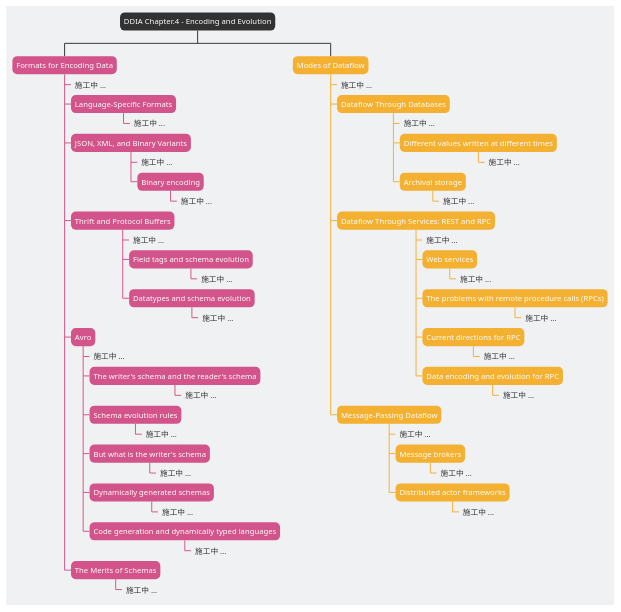
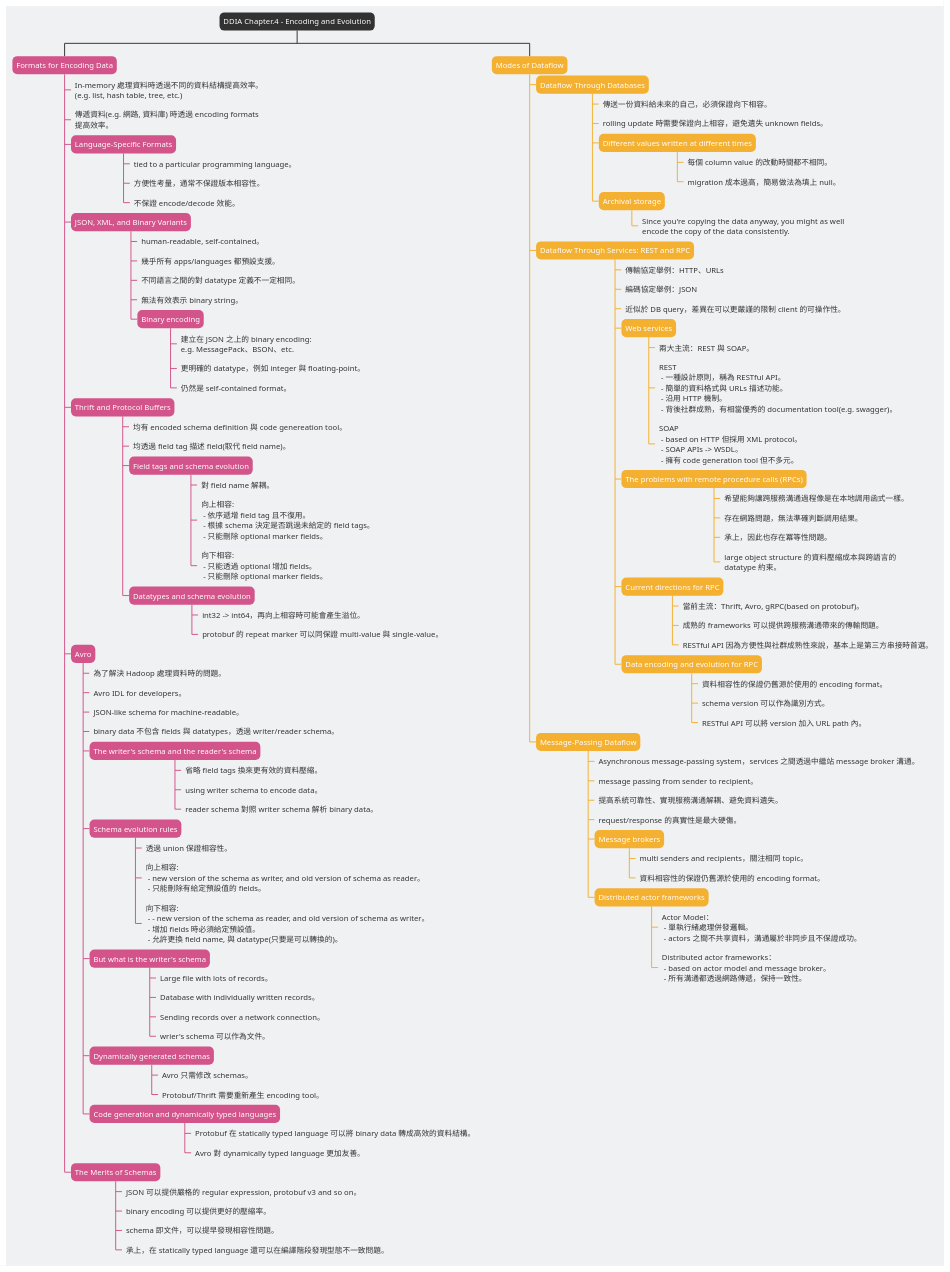
The diagram in puml/ddia/ch4_wbs.puml (JianLiu666/plantuml), drawn with PlantUML before and after one commit. The commit also changed 1 other file, not shown here.

```diff
--- a/puml/ddia/ch4_wbs.puml
+++ b/puml/ddia/ch4_wbs.puml
@@ -1,156 +1,200 @@
 @startwbs ch4_wbs
 
 skinparam Shadowing false
 skinparam BackgroundColor #EFF1F3
 skinparam linetype ortho
 
 <style>
 arrow {
     LineColor #323232
 }
 node {
     Padding 6
     Margin 2
     RoundCorner 15
     LineThickness 0.0
     BackgroundColor #EFF1F3
     FontColor #333333
 }
 .Type_Root {
     BackgroundColor #323232
     FontColor #FFFFFF
     LineColor #323232
 }
 .Type1_Node {
     BackgroundColor #D3548A
     FontColor #FFFFFF
     LineColor #D3548A
 }
 .Type1_LeafNode {
     RoundCorner 0
     LineThickness 1.0
     LineColor #D3548A
 }
 .Type2_Node {
     BackgroundColor #F4B031
     FontColor #FFFFFF
     LineColor #F4B031
 }
 .Type2_LeafNode {
     RoundCorner 0
     LineThickness 1.0
     LineColor #F4B031
 }
 .Type3_Node {
     BackgroundColor #BD4231
     FontColor #FFFFFF
     LineColor #BD4231
 }
 .Type3_LeafNode {
     RoundCorner 0
     LineThickness 1.0
     LineColor #BD4231
 }
 .Type4_Node {
     BackgroundColor #0F5E8C
     FontColor #FFFFFF
     LineColor #0F5E8C
 }
 .Type4_LeafNode {
     RoundCorner 0
     LineThickness 1.0
     LineColor #0F5E8C
 }
 .Type5_Node {
     BackgroundColor #37A7A8
     FontColor #FFFFFF
     LineColor #37A7A8
 }
 .Type5_LeafNode {
     RoundCorner 0
     LineThickness 1.0
     LineColor #37A7A8
 }
 </style>
 
 * DDIA Chapter.4 - Encoding and Evolution<<Type_Root>>
 
 ** Formats for Encoding Data<<Type1_Node>>
-*** 施工中 ...
+*** In-memory 處理資料時透過不同的資料結構提高效率。\n(e.g. list, hash table, tree, etc.)
+*** 傳遞資料(e.g. 網路, 資料庫) 時透過 encoding formats\n提高效率。
 
 *** Language-Specific Formats<<Type1_Node>>
-**** 施工中 ...
+**** tied to a particular programming language。
+**** 方便性考量，通常不保證版本相容性。
+**** 不保證 encode/decode 效能。
 
 *** JSON, XML, and Binary Variants<<Type1_Node>>
-**** 施工中 ...
+**** human-readable, self-contained。
+**** 幾乎所有 apps/languages 都預設支援。
+**** 不同語言之間的對 datatype 定義不一定相同。
+**** 無法有效表示 binary string。
 
 **** Binary encoding<<Type1_Node>>
-***** 施工中 ...
+***** 建立在 JSON 之上的 binary encoding:\ne.g. MessagePack、BSON、etc.
+***** 更明確的 datatype，例如 integer 與 floating-point。
+***** 仍然是 self-contained format。
 
 *** Thrift and Protocol Buffers<<Type1_Node>>
-**** 施工中 ...
+**** 均有 encoded schema definition 與 code genereation tool。
+**** 均透過 field tag 描述 field(取代 field name)。
 
 **** Field tags and schema evolution<<Type1_Node>>
-***** 施工中 ...
+***** 對 field name 解耦。
+***** 向上相容:\n - 依序遞增 field tag 且不復用。\n - 根據 schema 決定是否跳過未給定的 field tags。\n - 只能刪除 optional marker fields。
+***** 向下相容:\n - 只能透過 optional 增加 fields。\n - 只能刪除 optional marker fields。
 
 **** Datatypes and schema evolution<<Type1_Node>>
-***** 施工中 ...
+***** int32 -> int64，再向上相容時可能會產生溢位。
+***** protobuf 的 repeat marker 可以同保證 multi-value 與 single-value。
 
 *** Avro<<Type1_Node>>
-**** 施工中 ...
+**** 為了解決 Hadoop 處理資料時的問題。
+**** Avro IDL for developers。
+**** JSON-like schema for machine-readable。
+**** binary data 不包含 fields 與 datatypes，透過 writer/reader schema。
 
 **** The writer's schema and the reader's schema<<Type1_Node>>
-***** 施工中 ...
+***** 省略 field tags 換來更有效的資料壓縮。
+***** using writer schema to encode data。
+***** reader schema 對照 writer schema 解析 binary data。
 
 **** Schema evolution rules<<Type1_Node>>
-***** 施工中 ...
+***** 透過 union 保證相容性。
+***** 向上相容:\n - new version of the schema as writer, and old version of schema as reader。\n - 只能刪除有給定預設值的 fields。
+***** 向下相容:\n - - new version of the schema as reader, and old version of schema as writer。\n - 增加 fields 時必須給定預設值。\n - 允許更換 field name, 與 datatype(只要是可以轉換的)。
 
 **** But what is the writer's schema<<Type1_Node>>
-***** 施工中 ...
+***** Large file with lots of records。
+***** Database with individually written records。
+***** Sending records over a network connection。
+***** wrier's schema 可以作為文件。
 
 **** Dynamically generated schemas<<Type1_Node>>
-***** 施工中 ...
+***** Avro 只需修改 schemas。
+***** Protobuf/Thrift 需要重新產生 encoding tool。
 
 **** Code generation and dynamically typed languages<<Type1_Node>>
-***** 施工中 ...
+***** Protobuf 在 statically typed language 可以將 binary data 轉成高效的資料結構。
+***** Avro 對 dynamically typed language 更加友善。
 
 *** The Merits of Schemas<<Type1_Node>>
-**** 施工中 ...
+**** JSON 可以提供嚴格的 regular expression, protobuf v3 and so on。
+**** binary encoding 可以提供更好的壓縮率。
+**** schema 即文件，可以提早發現相容性問題。
+**** 承上，在 statically typed language 還可以在編譯階段發現型態不一致問題。
 
 ** Modes of Dataflow<<Type2_Node>>
-*** 施工中 ...
 
 *** Dataflow Through Databases<<Type2_Node>>
-**** 施工中 ...
+**** 傳送一份資料給未來的自己，必須保證向下相容。
+**** rolling update 時需要保證向上相容，避免遺失 unknown fields。
 
 **** Different values written at different times<<Type2_Node>>
-***** 施工中 ...
+***** 每個 column value 的改動時間都不相同。
+***** migration 成本過高，簡易做法為填上 null。
 
 **** Archival storage<<Type2_Node>>
-***** 施工中 ...
+***** Since you're copying the data anyway, you might as well\nencode the copy of the data consistently.
 
 *** Dataflow Through Services: REST and RPC<<Type2_Node>>
-**** 施工中 ...
+**** 傳輸協定舉例：HTTP、URLs
+**** 編碼協定舉例：JSON
+**** 近似於 DB query，差異在可以更嚴謹的限制 client 的可操作性。
 
 **** Web services<<Type2_Node>>
-***** 施工中 ...
+***** 兩大主流：REST 與 SOAP。
+***** REST\n - 一種設計原則，稱為 RESTful API。\n - 簡單的資料格式與 URLs 描述功能。\n - 沿用 HTTP 機制。\n - 背後社群成熟，有相當優秀的 documentation tool(e.g. swagger)。
+***** SOAP\n - based on HTTP 但採用 XML protocol。\n - SOAP APIs -> WSDL。\n - 擁有 code generation tool 但不多元。
 
 **** The problems with remote procedure calls (RPCs)<<Type2_Node>>
-***** 施工中 ...
+***** 希望能夠讓跨服務溝通過程像是在本地調用函式一樣。
+***** 存在網路問題，無法準確判斷調用結果。
+***** 承上，因此也存在冪等性問題。
+***** large object structure 的資料壓縮成本與跨語言的\ndatatype 約束。
 
 **** Current directions for RPC<<Type2_Node>>
-***** 施工中 ...
+***** 當前主流：Thrift, Avro, gRPC(based on protobuf)。
+***** 成熟的 frameworks 可以提供跨服務溝通帶來的傳輸問題。
+***** RESTful API 因為方便性與社群成熟性來說，基本上是第三方串接時首選。
 
 **** Data encoding and evolution for RPC<<Type2_Node>>
-***** 施工中 ...
+***** 資料相容性的保證仍舊源於使用的 encoding format。
+***** schema version 可以作為識別方式。
+***** RESTful API 可以將 version 加入 URL path 內。
 
 *** Message-Passing Dataflow<<Type2_Node>>
-**** 施工中 ...
+**** Asynchronous message-passing system，services 之間透過中繼站 message broker 溝通。
+**** message passing from sender to recipient。
+**** 提高系統可靠性、實現服務溝通解耦、避免資料遺失。
+**** request/response 的真實性是最大硬傷。
 
 **** Message brokers<<Type2_Node>>
-***** 施工中 ...
+***** multi senders and recipients，關注相同 topic。
+***** 資料相容性的保證仍舊源於使用的 encoding format。
 
 **** Distributed actor frameworks<<Type2_Node>>
-***** 施工中 ...
+***** Actor Model：\n - 單執行緒處理併發邏輯。\n - actors 之間不共享資料，溝通屬於非同步且不保證成功。
+***** Distributed actor frameworks：\n - based on actor model and message broker。\n - 所有溝通都透過網路傳遞，保持一致性。
 
 @endwbs
```
